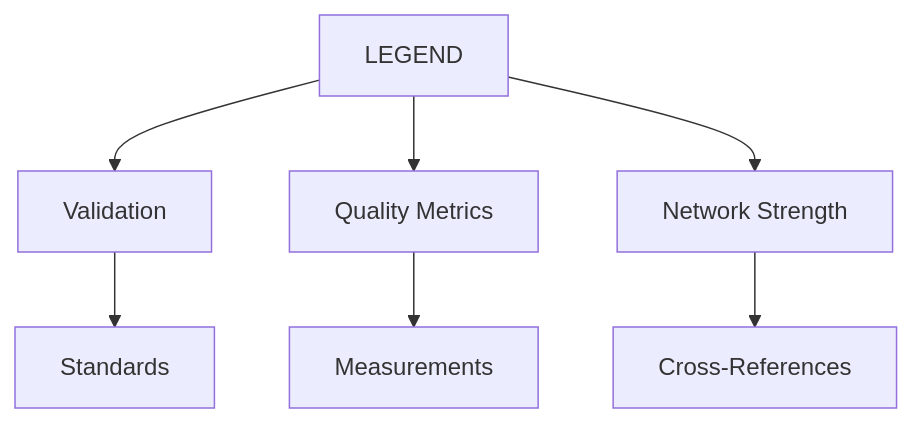
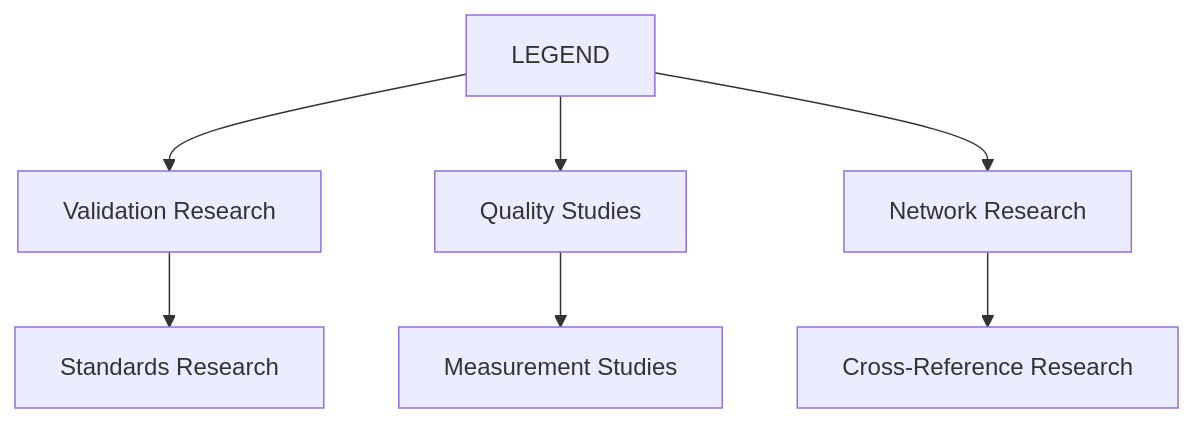
The first of 3 diagrams in Three-Graph-Lattice.md (skenai/WILL), drawn with Mermaid before and after one commit. The commit also changed other lines of this file and 81 other files, not shown here.

````diff
--- a/Three-Graph-Lattice.md
+++ b/Three-Graph-Lattice.md
@@ -29,9 +38,9 @@
 ```mermaid
 graph TD
-    L[LEGEND] --> V[Validation]
-    L --> Q[Quality Metrics]
-    L --> N[Network Strength]
-    V --> S[Standards]
-    Q --> M[Measurements]
-    N --> C[Cross-References]
+    L[LEGEND] --> V[Validation Research]
+    L --> Q[Quality Studies]
+    L --> N[Network Research]
+    V --> S[Standards Research]
+    Q --> M[Measurement Studies]
+    N --> C[Cross-Reference Research]
 ```
````
